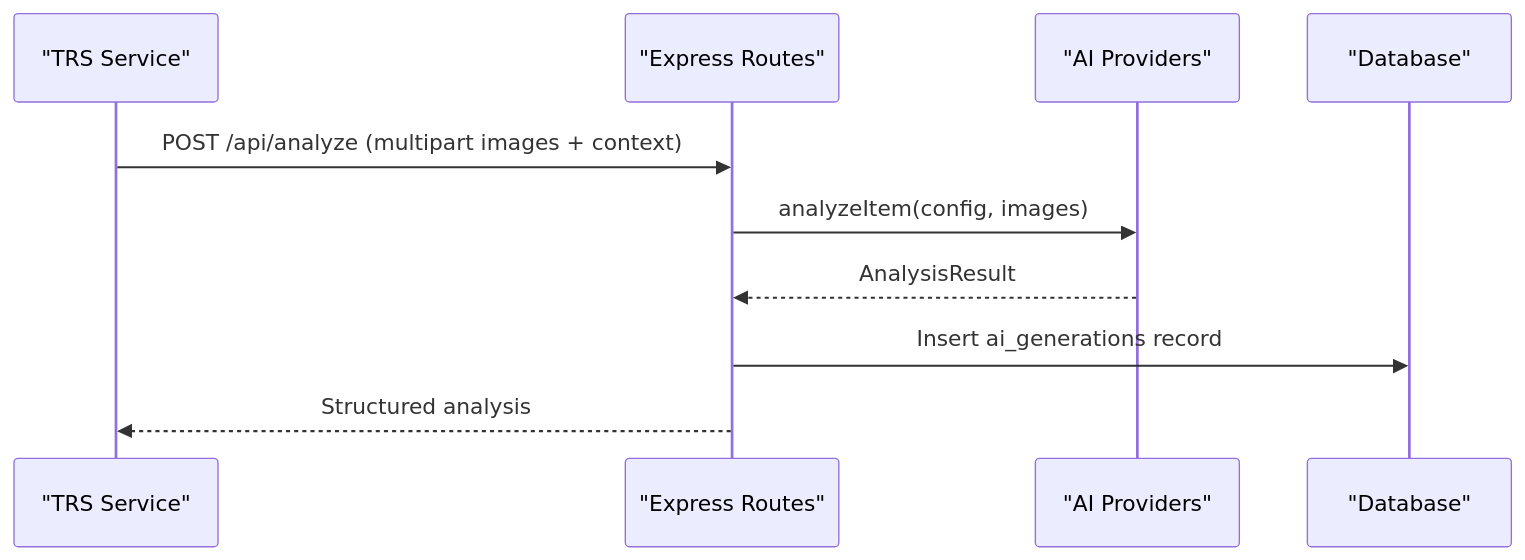
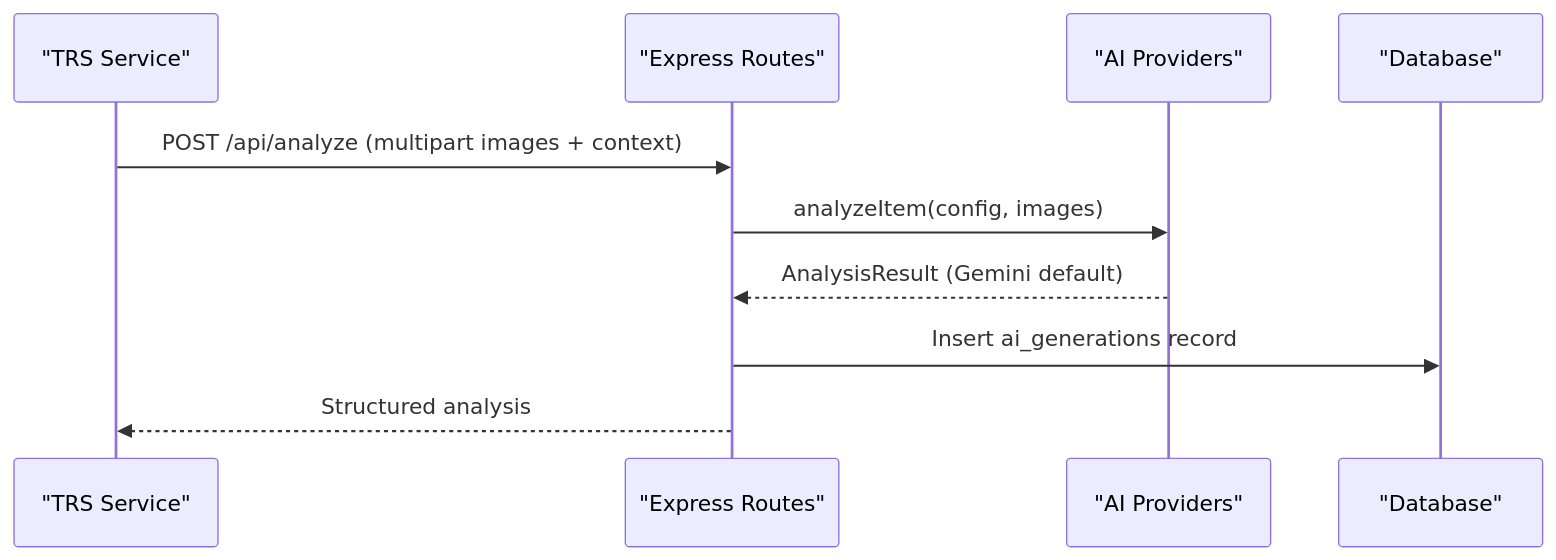
One commit to hunglevi87/Hidden-Gem changed the fourth of 9 diagrams in .qoder/repowiki/en/content/Architecture Overview/TRS Integration Plan.md. Above: the diagram before and after it, drawn with Mermaid. The commit also changed other lines of this file and 53 other files, not shown here.

First line of the commit message:
feat(ai-provider): set Gemini as default provider with OpenFang fallback

````diff
--- a/.qoder/repowiki/en/content/Architecture Overview/TRS Integration Plan.md
+++ b/.qoder/repowiki/en/content/Architecture Overview/TRS Integration Plan.md
@@ -207,12 +217,12 @@
 ```mermaid
 sequenceDiagram
 participant TRS as "TRS Service"
 participant API as "Express Routes"
 participant AI as "AI Providers"
 participant DB as "Database"
 TRS->>API : POST /api/analyze (multipart images + context)
 API->>AI : analyzeItem(config, images)
-AI-->>API : AnalysisResult
+AI-->>API : AnalysisResult (Gemini default)
 API->>DB : Insert ai_generations record
 API-->>TRS : Structured analysis
 ```
````
